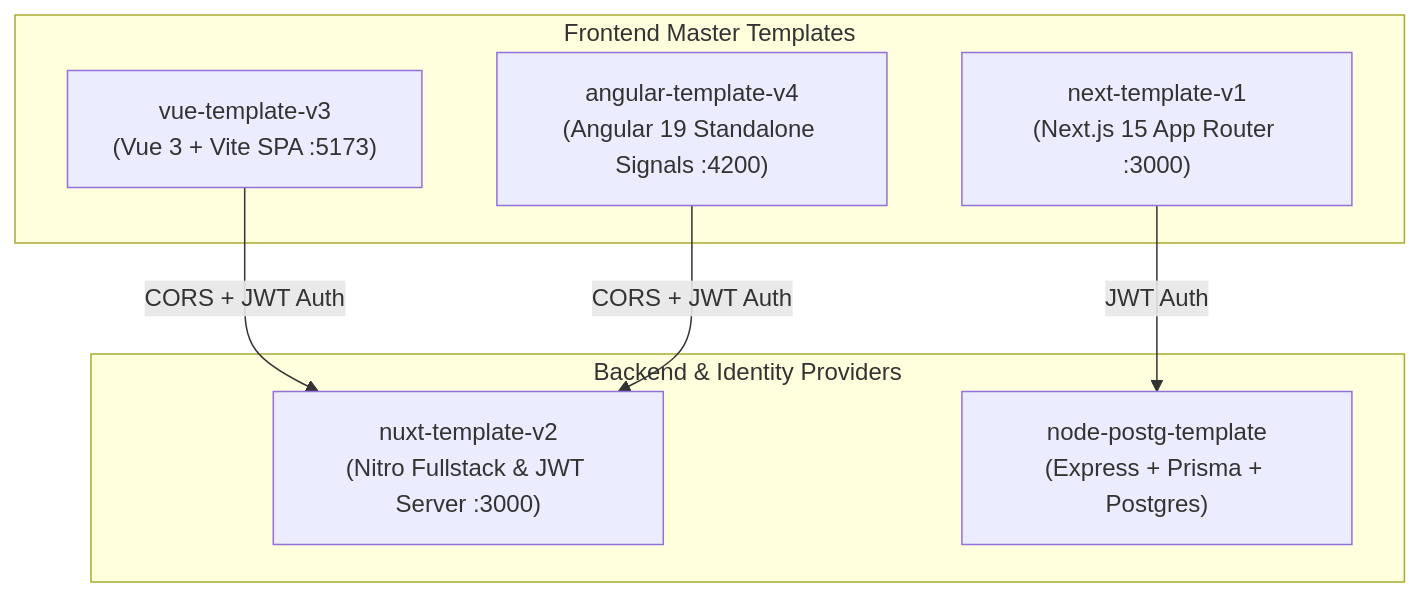
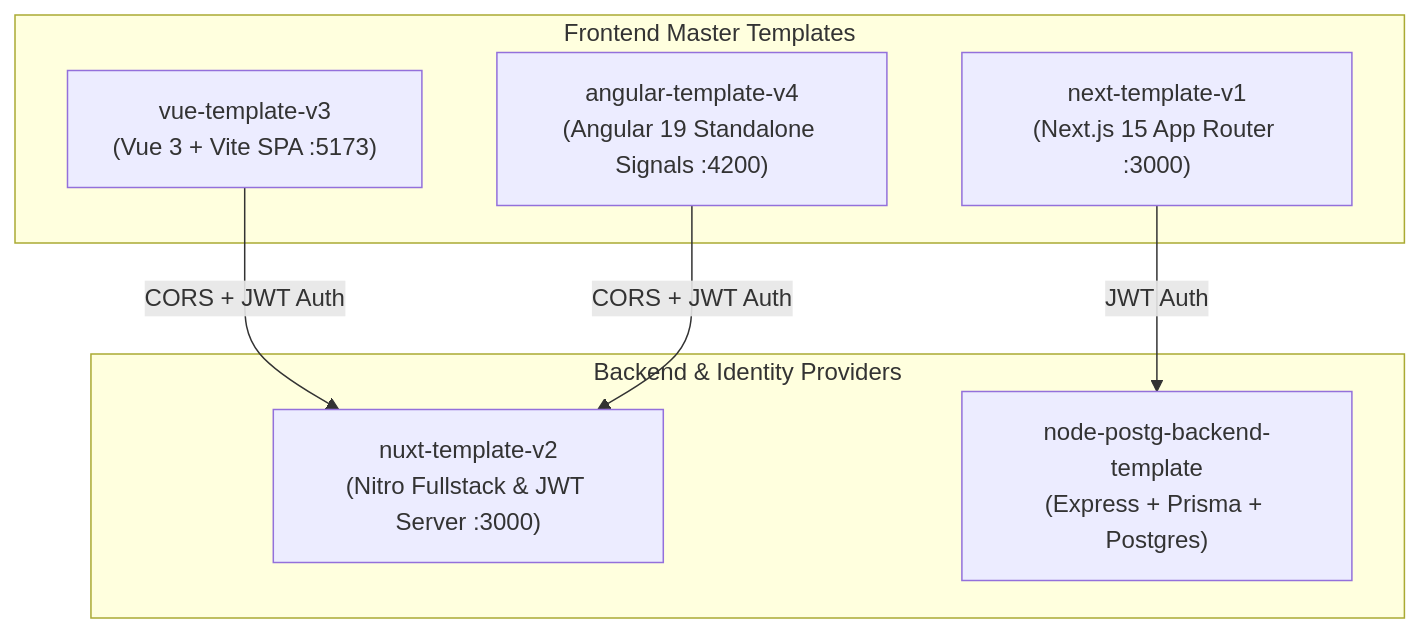
Before and after one commit to rmValdez/node-postg-template: the diagram in SYSTEM_ARCHITECTURE.md, drawn with Mermaid. The commit also changed 10 other files, not shown here.

Commit message:
feat(architecture): add boundary validator, standardize on pnpm, and unify eslint v9

````diff
--- a/SYSTEM_ARCHITECTURE.md
+++ b/SYSTEM_ARCHITECTURE.md
@@ -9,17 +9,17 @@
 ```mermaid
 graph TD
     subgraph BACKEND_ENGINES ["Backend & Identity Providers"]
         NUXT_API["nuxt-template-v2\n(Nitro Fullstack & JWT Server :3000)"]
-        NODE_API["node-postg-template\n(Express + Prisma + Postgres)"]
+        NODE_API["node-postg-backend-template\n(Express + Prisma + Postgres)"]
     end
 
     subgraph CLIENT_TEMPLATES ["Frontend Master Templates"]
         NEXT["next-template-v1\n(Next.js 15 App Router :3000)"]
         VUE["vue-template-v3\n(Vue 3 + Vite SPA :5173)"]
         ANGULAR["angular-template-v4\n(Angular 19 Standalone Signals :4200)"]
     end
 
     VUE -->|CORS + JWT Auth| NUXT_API
     ANGULAR -->|CORS + JWT Auth| NUXT_API
     NEXT -->|JWT Auth| NODE_API
 ```
````
